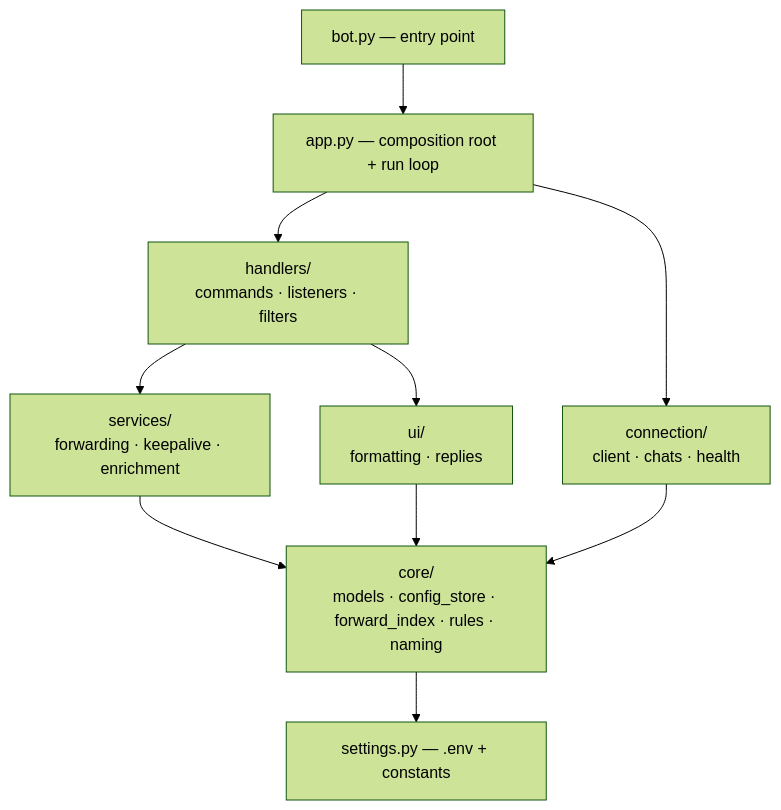
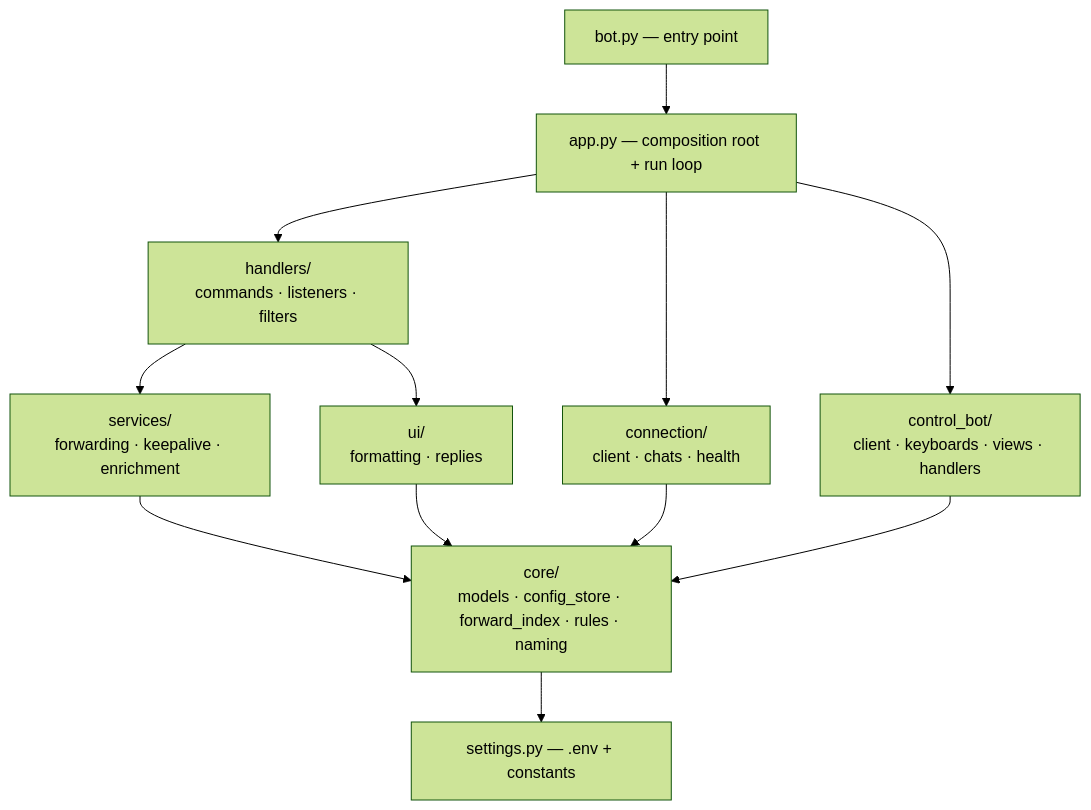
One commit to bjspi/telegram-forwarder changed the second of 2 diagrams in README.md. Above: the diagram before and after it, drawn with Mermaid (forest theme). The commit also changed other lines of this file and 10 other files, not shown here.

First line of the commit message:
Add optional BotFather control bot with inline-menu config UI

````diff
--- a/README.md
+++ b/README.md
@@ -233,12 +259,14 @@
 ```mermaid
 flowchart TD
     B["bot.py — entry point"] --> A["app.py — composition root + run loop"]
     A --> H["handlers/<br/>commands · listeners · filters"]
     A --> C["connection/<br/>client · chats · health"]
+    A --> CB["control_bot/<br/>client · keyboards · views · handlers"]
     H --> S["services/<br/>forwarding · keepalive · enrichment"]
     H --> U["ui/<br/>formatting · replies"]
+    CB --> K
     S --> K["core/<br/>models · config_store · forward_index · rules · naming"]
     C --> K
     U --> K
     K --> E["settings.py — .env + constants"]
 ```
````
